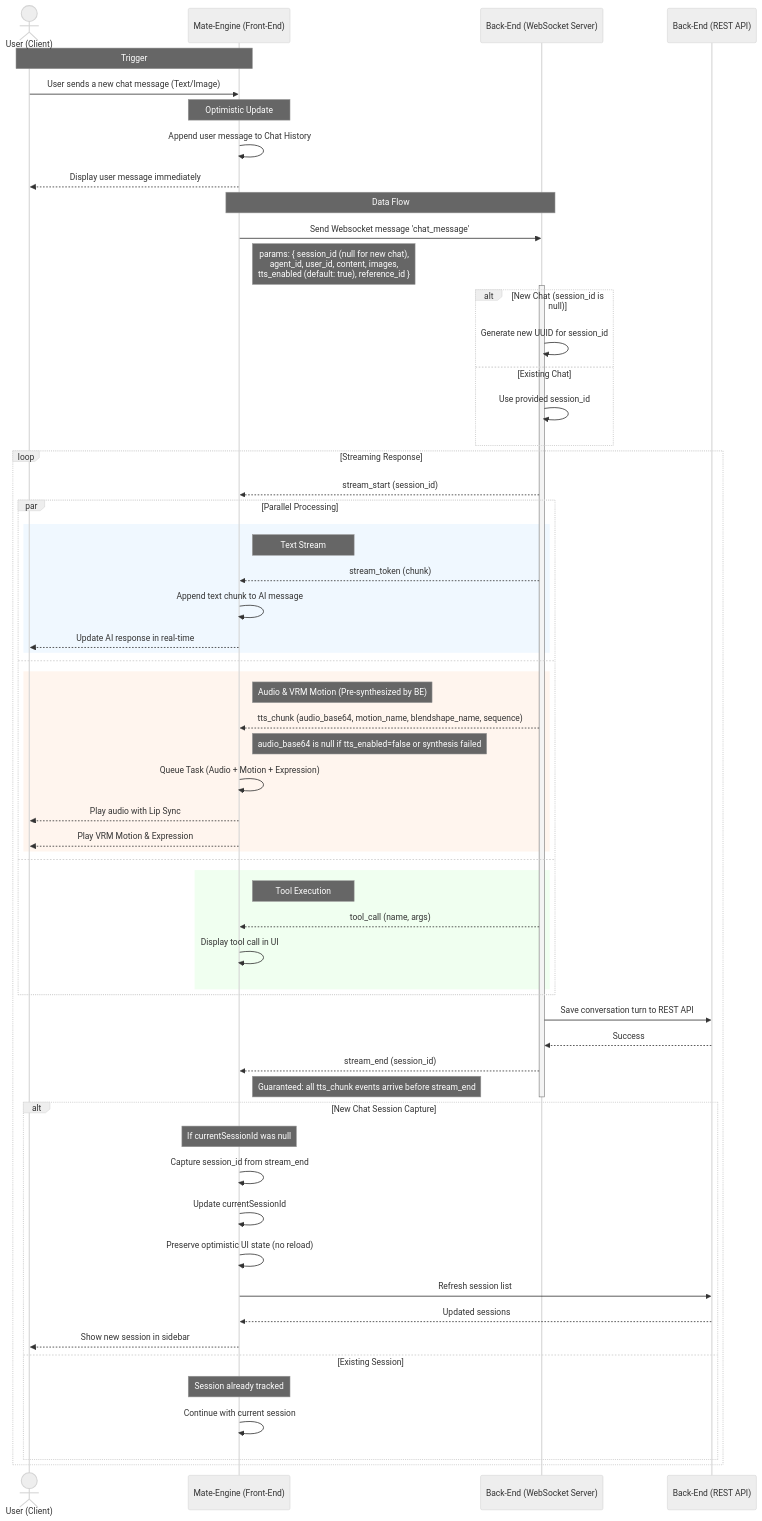
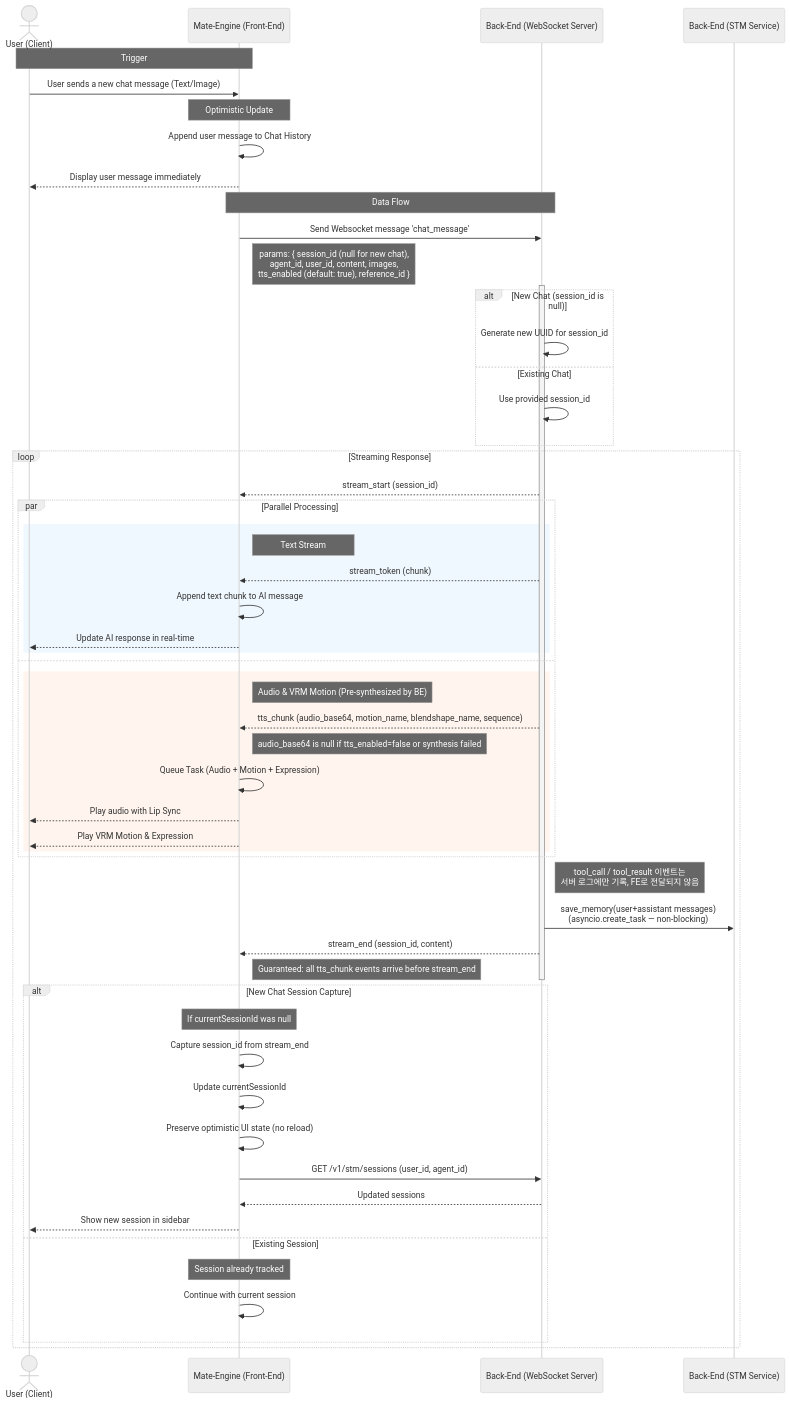
Before and after one commit to yw0nam/DesktopMatePlus: the diagram in docs/data_flow/chat/ADD_CHAT_MESSAGE.md, drawn with Mermaid (neutral theme). The commit also changed 3 other files, not shown here.

Commit message:
docs: update data flow

````diff
--- a/docs/data_flow/chat/ADD_CHAT_MESSAGE.md
+++ b/docs/data_flow/chat/ADD_CHAT_MESSAGE.md
@@ -20,73 +20,67 @@
 ```mermaid
 sequenceDiagram
     actor User as User (Client)
     participant FE as Mate-Engine (Front-End)
     participant BE as Back-End (WebSocket Server)
-    participant API as Back-End (REST API)
+    participant STM as Back-End (STM Service)
 
     Note over User, FE: Trigger
     User->>FE: User sends a new chat message (Text/Image)
 
     Note over FE: Optimistic Update
     FE->>FE: Append user message to Chat History
     FE-->>User: Display user message immediately
 
     Note over FE, BE: Data Flow
     FE->>BE: Send Websocket message 'chat_message'
     Note right of FE: params: { session_id (null for new chat),<br/>agent_id, user_id, content, images,<br/>tts_enabled (default: true), reference_id }
 
     activate BE
 
     alt New Chat (session_id is null)
         BE->>BE: Generate new UUID for session_id
     else Existing Chat
         BE->>BE: Use provided session_id
     end
 
     loop Streaming Response
         BE-->>FE: stream_start (session_id)
 
         par Parallel Processing
             rect rgb(240, 248, 255)
                 note right of FE: Text Stream
                 BE-->>FE: stream_token (chunk)
                 FE->>FE: Append text chunk to AI message
                 FE-->>User: Update AI response in real-time
             end
         and
             rect rgb(255, 245, 238)
                 note right of FE: Audio & VRM Motion (Pre-synthesized by BE)
                 BE-->>FE: tts_chunk (audio_base64, motion_name, blendshape_name, sequence)
                 Note right of FE: audio_base64 is null if tts_enabled=false or synthesis failed
                 FE->>FE: Queue Task (Audio + Motion + Expression)
                 FE-->>User: Play audio with Lip Sync
                 FE-->>User: Play VRM Motion & Expression
             end
-        and
-            rect rgb(240, 255, 240)
-                note right of FE: Tool Execution
-                BE-->>FE: tool_call (name, args)
-                FE->>FE: Display tool call in UI
-            end
         end
 
-        BE->>API: Save conversation turn to REST API
-        API-->>BE: Success
-        BE-->>FE: stream_end (session_id)
+        Note right of BE: tool_call / tool_result 이벤트는<br/>서버 로그에만 기록, FE로 전달되지 않음
+        BE->>STM: save_memory(user+assistant messages)<br/>(asyncio.create_task — non-blocking)
+        BE-->>FE: stream_end (session_id, content)
         Note right of FE: Guaranteed: all tts_chunk events arrive before stream_end
         deactivate BE
 
         alt New Chat Session Capture
             Note over FE: If currentSessionId was null
             FE->>FE: Capture session_id from stream_end
             FE->>FE: Update currentSessionId
             FE->>FE: Preserve optimistic UI state (no reload)
-            FE->>API: Refresh session list
-            API-->>FE: Updated sessions
+            FE->>BE: GET /v1/stm/sessions (user_id, agent_id)
+            BE-->>FE: Updated sessions
             FE-->>User: Show new session in sidebar
         else Existing Session
             Note over FE: Session already tracked
             FE->>FE: Continue with current session
         end
     end
 ```
````
